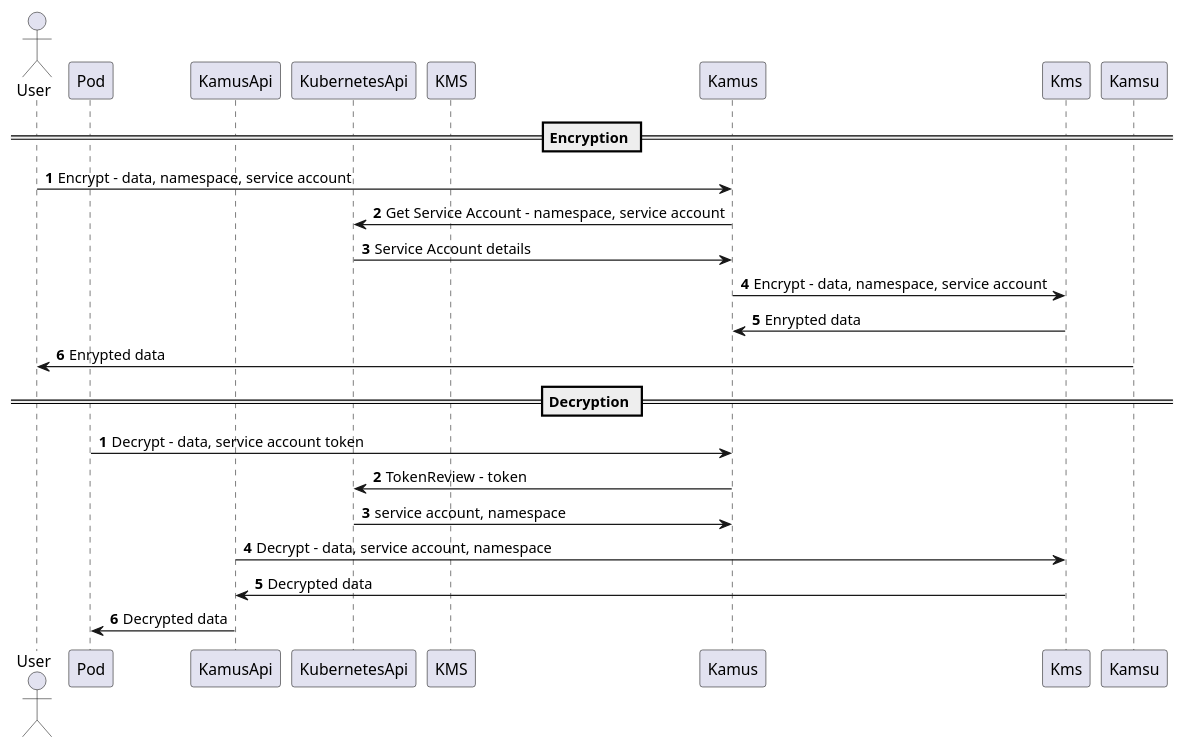
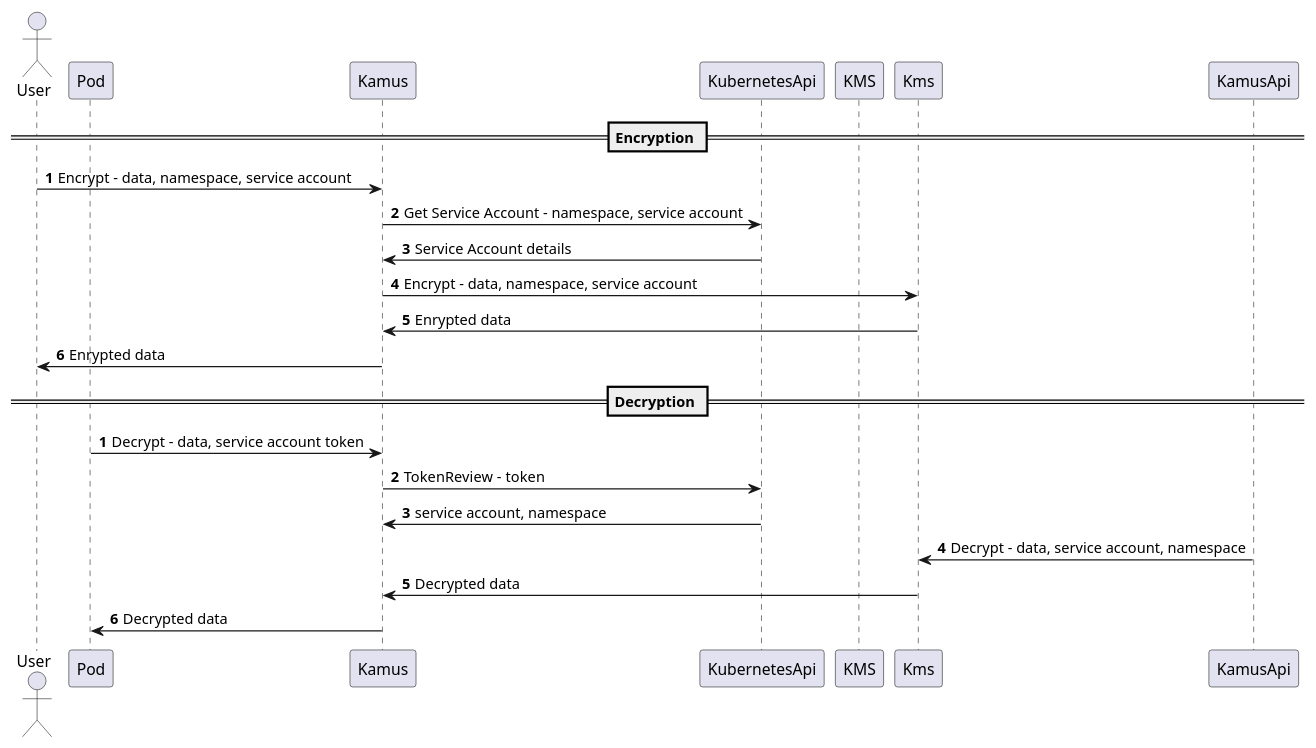
One commit to Soluto/kamus changed the diagram in docs/diagram.pu. Above: the diagram before and after it, drawn with PlantUML. The commit also changed 1 other file, not shown here.

```diff
--- a/docs/diagram.pu
+++ b/docs/diagram.pu
@@ -1,28 +1,28 @@
 @startuml
 
 actor User 
 participant Pod
-participant KamusApi
+participant Kamus
 participant KubernetesApi
 participant KMS
 
 == Encryption ==
 
 autonumber
 User -> Kamus: Encrypt - data, namespace, service account
 Kamus -> KubernetesApi: Get Service Account - namespace, service account
 KubernetesApi -> Kamus: Service Account details
 Kamus -> Kms: Encrypt - data, namespace, service account
 Kms -> Kamus: Enrypted data
-Kamsu -> User: Enrypted data
+Kamus -> User: Enrypted data
 
 == Decryption ==
 autonumber 1
 Pod -> Kamus: Decrypt - data, service account token
 Kamus -> KubernetesApi: TokenReview - token
 KubernetesApi -> Kamus: service account, namespace
 KamusApi -> Kms: Decrypt - data, service account, namespace
-Kms -> KamusApi: Decrypted data
-KamusApi -> Pod: Decrypted data
+Kms -> Kamus: Decrypted data
+Kamus -> Pod: Decrypted data
 
 @enduml
```
